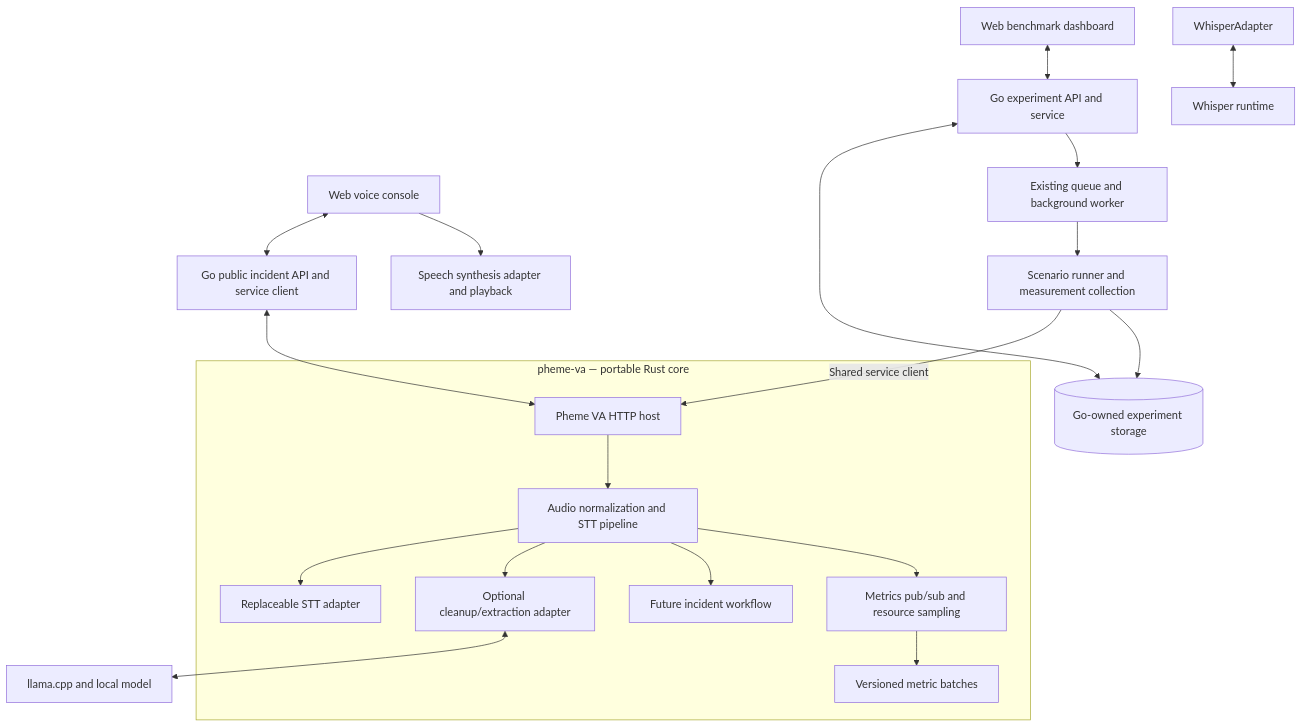
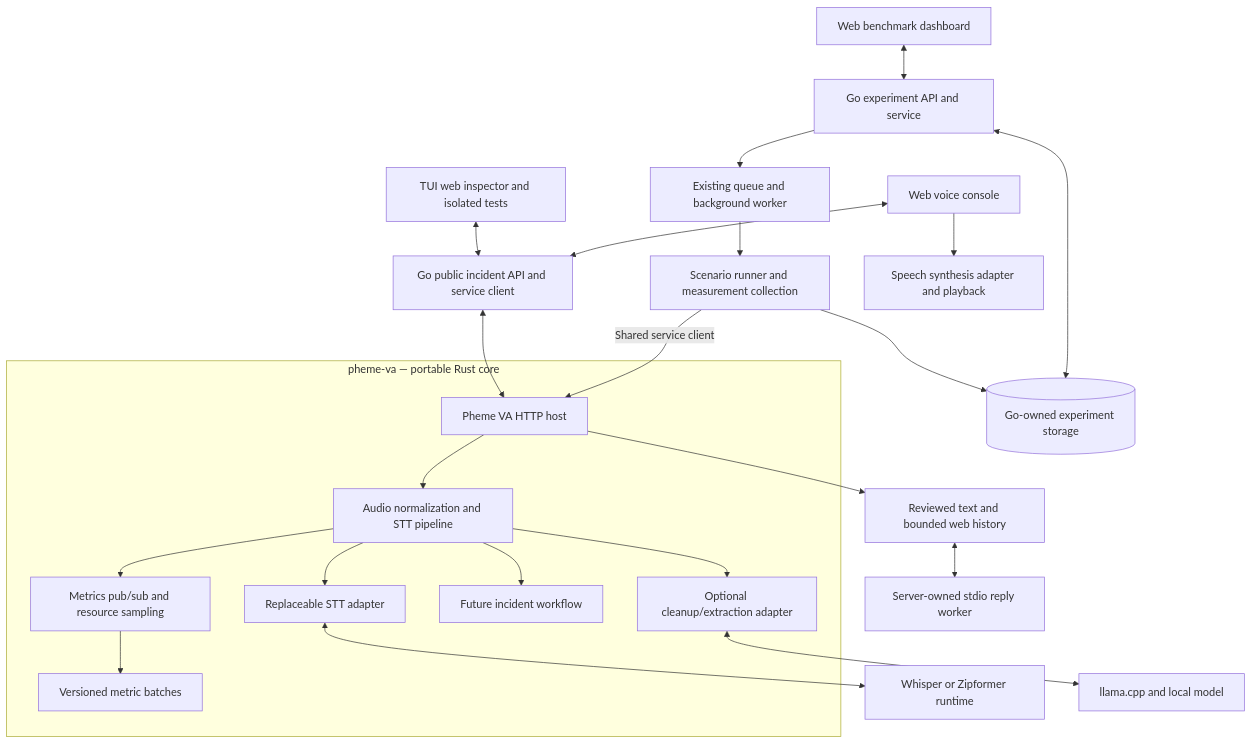
Before and after one commit to CharlieQuirkFYP/agentic-lab: the first of 2 diagrams in docs/architecture.md, drawn with Mermaid. The commit also changed other lines of this file and 31 other files, not shown here.

````diff
--- a/docs/architecture.md
+++ b/docs/architecture.md
@@ -38,22 +39,25 @@
 ```mermaid
 flowchart TD
     Client[Web voice console] <--> Go[Go public incident API and service client]
     Dashboard[Web benchmark dashboard] <--> Experiments[Go experiment API and service]
     Experiments <--> Results[(Go-owned experiment storage)]
     Experiments --> Queue[Existing queue and background worker]
     Queue --> Runner[Scenario runner and measurement collection]
     Runner -->|Shared service client| AgentAPI
     Go <--> AgentAPI[Pheme VA HTTP host]
+    Inspector[TUI web inspector and isolated tests] <--> Go
+    AgentAPI --> Reply[Reviewed text and bounded web history]
+    Reply <--> ReplyWorker[Server-owned stdio reply worker]
     subgraph RustAgent[pheme-va — portable Rust core]
         AgentAPI --> Core[Audio normalization and STT pipeline]
         Core --> STTAdapter[Replaceable STT adapter]
         Core --> LLMAdapter[Optional cleanup/extraction adapter]
         Core --> Draft[Future incident workflow]
         Core --> Metrics[Metrics pub/sub and resource sampling]
         Metrics --> Batch[Versioned metric batches]
     end
-    WhisperAdapter <--> Whisper[Whisper runtime]
+    STTAdapter <--> Whisper[Whisper or Zipformer runtime]
     LLMAdapter <--> LLM[llama.cpp and local model]
     Client --> TTS[Speech synthesis adapter and playback]
     Runner --> Results
 ```
````
